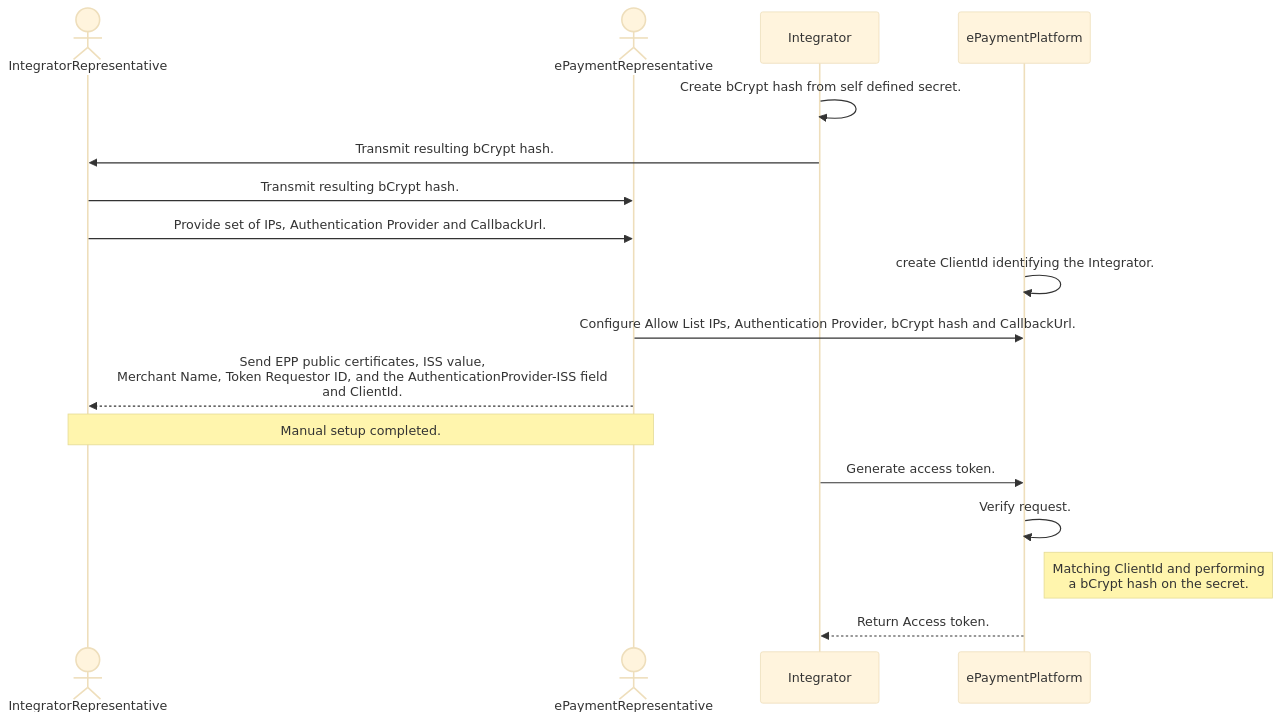
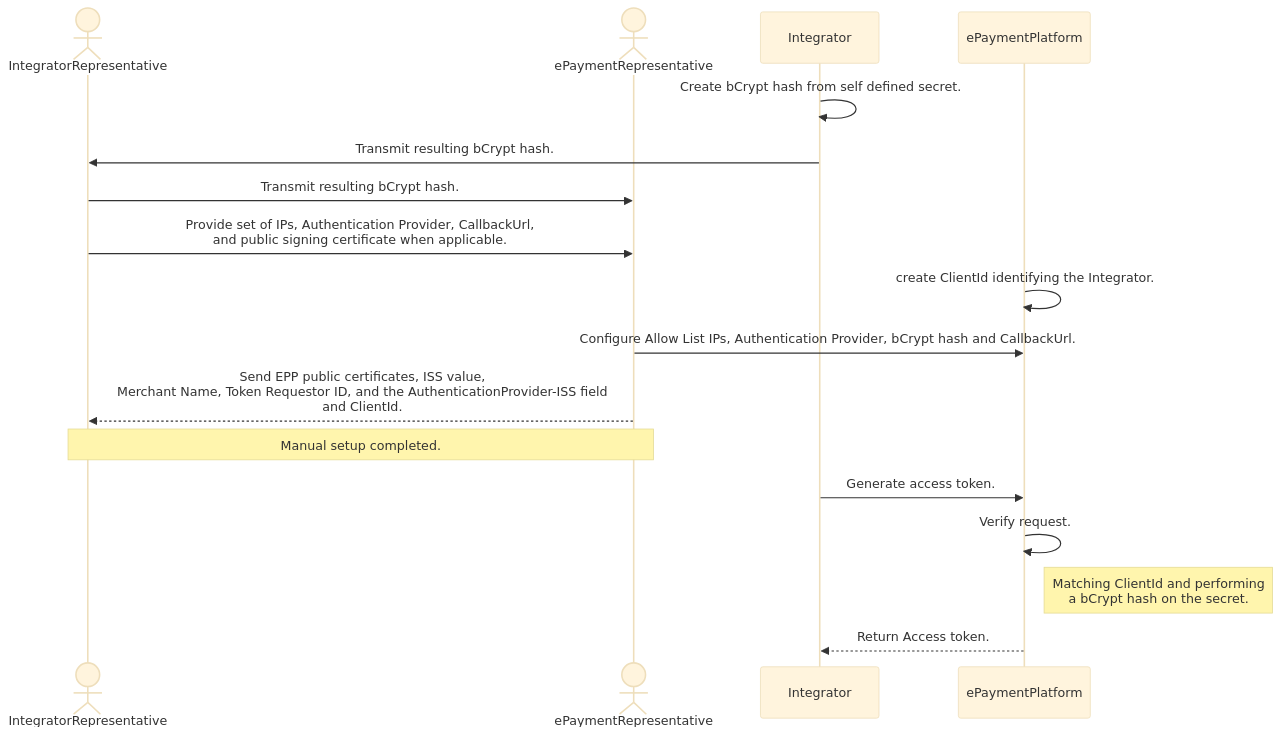
The diagram in docs/getting_started.md (BankAxept/bankaxept-epayment-development-kit), drawn with Mermaid (base theme) before and after one commit. The commit also changed other lines of this file and 2 other files, not shown here.

Commit message:
feat(enrolment): revise network token flow

````diff
--- a/docs/getting_started.md
+++ b/docs/getting_started.md
@@ -67,19 +70,19 @@
 ```mermaid
 sequenceDiagram
     actor IntegratorRepresentative
     actor ePaymentRepresentative
     participant Integrator
     participant ePaymentPlatform
     Integrator ->> Integrator: Create bCrypt hash from self defined secret.
     Integrator ->> IntegratorRepresentative: Transmit resulting bCrypt hash.
     IntegratorRepresentative ->> ePaymentRepresentative: Transmit resulting bCrypt hash.
-    IntegratorRepresentative ->> ePaymentRepresentative: Provide set of IPs, Authentication Provider and CallbackUrl.
+    IntegratorRepresentative ->> ePaymentRepresentative: Provide set of IPs, Authentication Provider, CallbackUrl,<br/>and public signing certificate when applicable.
     ePaymentPlatform ->> ePaymentPlatform: create ClientId identifying the Integrator.
     ePaymentRepresentative ->> ePaymentPlatform: Configure Allow List IPs, Authentication Provider, bCrypt hash and CallbackUrl.
     ePaymentRepresentative -->> IntegratorRepresentative: Send EPP public certificates, ISS value, <br/> Merchant Name, Token Requestor ID, and the AuthenticationProvider-ISS field <br/> and ClientId.
     Note over IntegratorRepresentative, ePaymentRepresentative: Manual setup completed.
     Integrator ->> ePaymentPlatform: Generate access token.
     ePaymentPlatform ->> ePaymentPlatform: Verify request.
     Note right of ePaymentPlatform: Matching ClientId and performing <br/> a bCrypt hash on the secret.
     ePaymentPlatform -->> Integrator: Return Access token.
 ```
````
